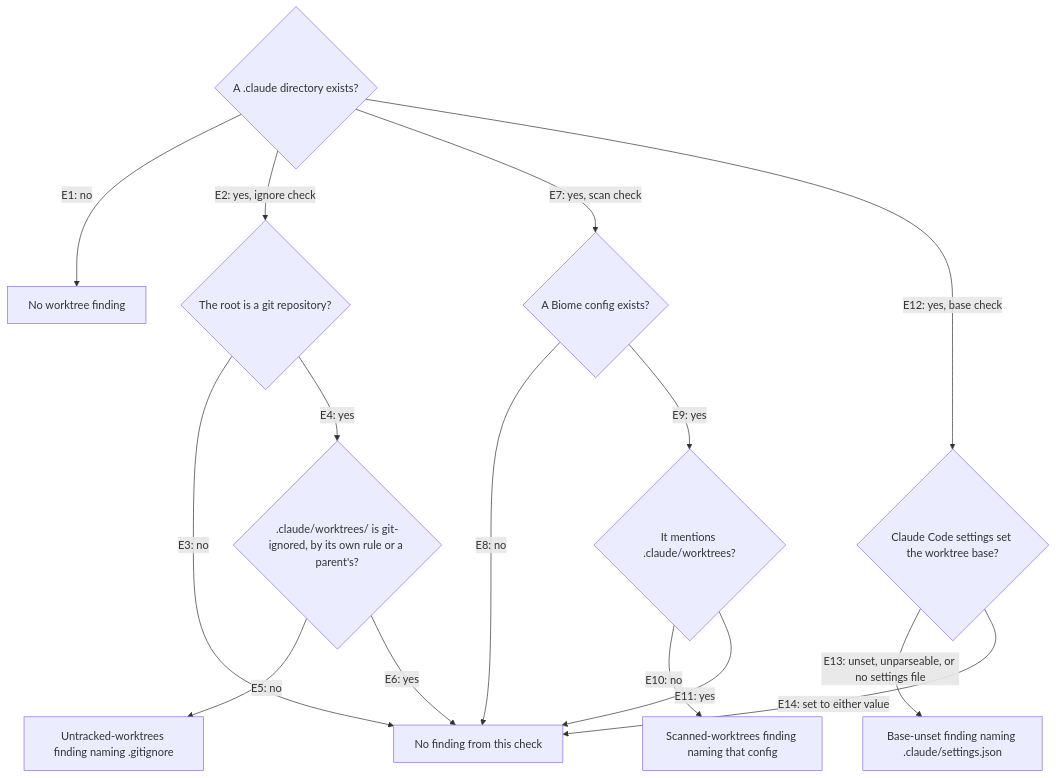
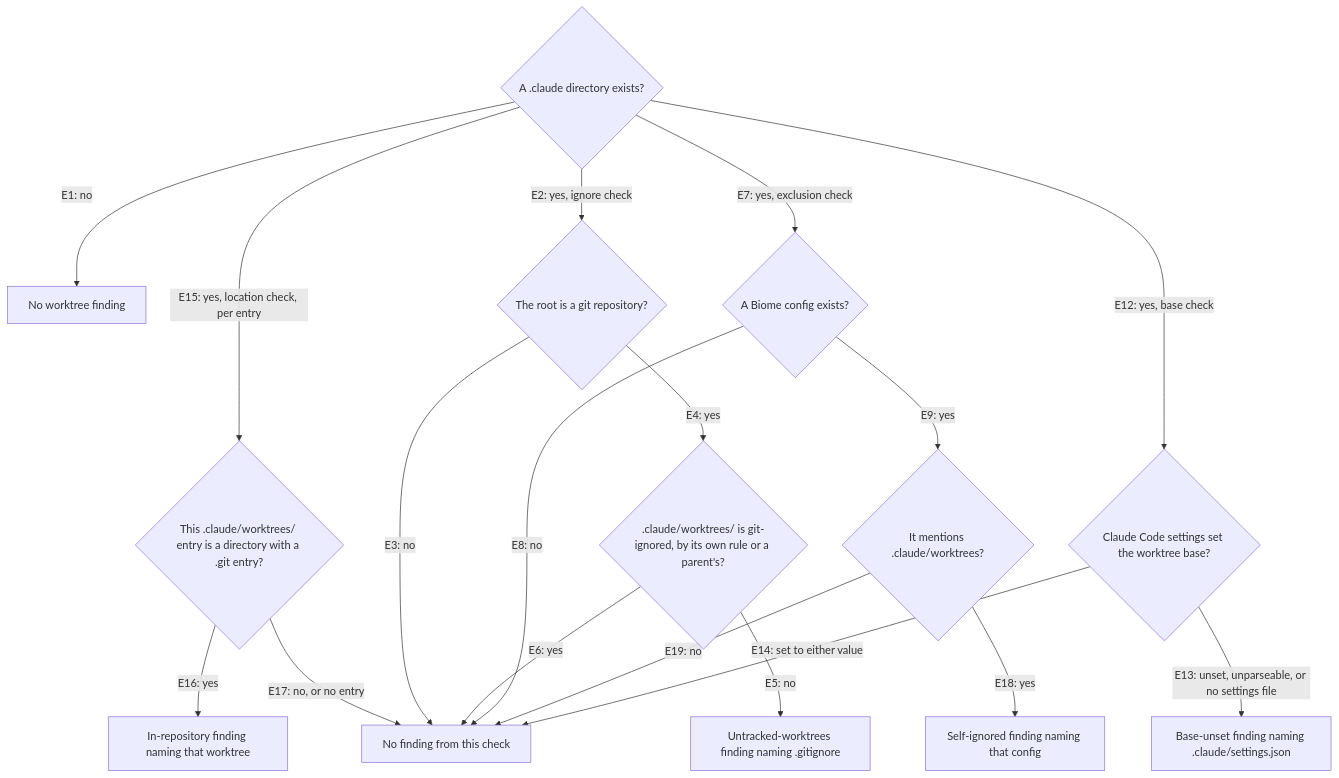
The diagram in packages/buddy-agent-harness/.agents/spec/worktree-diagnosis/graph.md (repobuddy/buddy-agent-harness), drawn with Mermaid before and after one commit. The commit also changed other lines of this file and 29 other files, not shown here.

First line of the commit message:
feat: keep agent worktrees out of the repository instead of excluding them

````diff
--- a/packages/buddy-agent-harness/.agents/spec/worktree-diagnosis/graph.md
+++ b/packages/buddy-agent-harness/.agents/spec/worktree-diagnosis/graph.md
@@ -6,18 +6,21 @@
 ```mermaid
 flowchart TD
   D1{A .claude directory exists?}
   D1 -->|E1: no| O1[No worktree finding]
+  D1 -->|E15: yes, location check, per entry| D7{This .claude/worktrees/ entry is a directory with a .git entry?}
+  D7 -->|E16: yes| O5[In-repository finding naming that worktree]
+  D7 -->|E17: no, or no entry| N[No finding from this check]
   D1 -->|E2: yes, ignore check| D2{The root is a git repository?}
-  D2 -->|E3: no| N[No finding from this check]
+  D2 -->|E3: no| N
   D2 -->|E4: yes| D3{.claude/worktrees/ is git-ignored, by its own rule or a parent's?}
   D3 -->|E5: no| O2[Untracked-worktrees finding naming .gitignore]
   D3 -->|E6: yes| N
-  D1 -->|E7: yes, scan check| D4{A Biome config exists?}
+  D1 -->|E7: yes, exclusion check| D4{A Biome config exists?}
   D4 -->|E8: no| N
   D4 -->|E9: yes| D5{It mentions .claude/worktrees?}
-  D5 -->|E10: no| O3[Scanned-worktrees finding naming that config]
-  D5 -->|E11: yes| N
+  D5 -->|E18: yes| O3[Self-ignored finding naming that config]
+  D5 -->|E19: no| N
   D1 -->|E12: yes, base check| D6{Claude Code settings set the worktree base?}
   D6 -->|E13: unset, unparseable, or no settings file| O4[Base-unset finding naming .claude/settings.json]
   D6 -->|E14: set to either value| N
 ```
````
